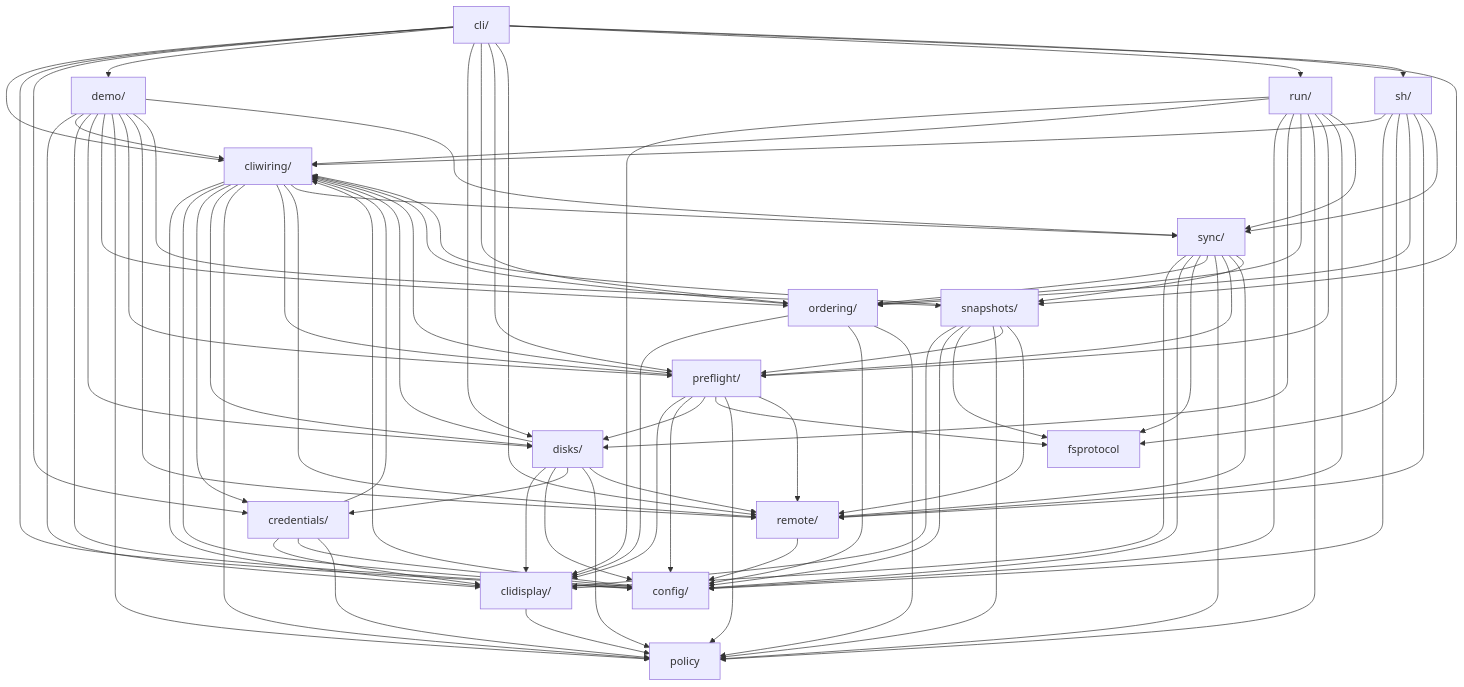
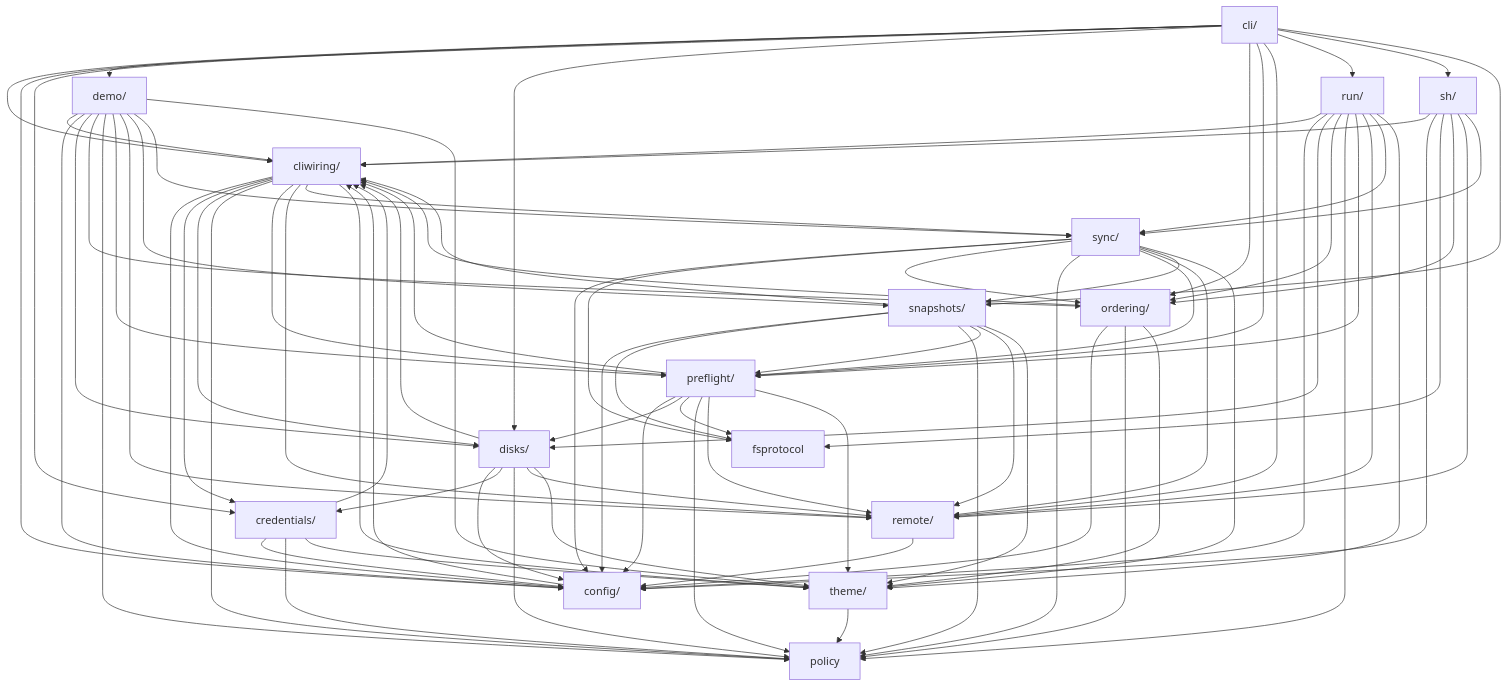
The diagram in docs/architecture.md (iglootools/nbkp), drawn with Mermaid before and after one commit. The commit also changed other lines of this file and 21 other files, not shown here.

First line of the commit message:
refactor: rename clidisplay to theme

````diff
--- a/docs/architecture.md
+++ b/docs/architecture.md
@@ -105,7 +105,6 @@
 ```mermaid
 graph TD
     cli["cli/"]
-    clidisplay["clidisplay/"]
     cliwiring["cliwiring/"]
     config["config/"]
     credentials["credentials/"]
@@ -120,6 +119,7 @@
     sh["sh/"]
     snapshots["snapshots/"]
     sync["sync/"]
+    theme["theme/"]
 
     cli --> cliwiring
     cli --> config
@@ -132,8 +132,6 @@
     cli --> run
     cli --> sh
     cli --> snapshots
-    clidisplay --> policy
-    cliwiring --> clidisplay
     cliwiring --> config
     cliwiring --> credentials
     cliwiring --> disks
@@ -141,12 +139,12 @@
     cliwiring --> preflight
     cliwiring --> remote
     cliwiring --> sync
+    cliwiring --> theme
     config --> cliwiring
-    credentials --> clidisplay
     credentials --> cliwiring
     credentials --> config
     credentials --> policy
-    demo --> clidisplay
+    credentials --> theme
     demo --> cliwiring
     demo --> config
     demo --> disks
@@ -156,25 +154,25 @@
     demo --> remote
     demo --> snapshots
     demo --> sync
-    disks --> clidisplay
+    demo --> theme
     disks --> cliwiring
     disks --> config
     disks --> credentials
     disks --> policy
     disks --> remote
-    ordering --> clidisplay
+    disks --> theme
     ordering --> cliwiring
     ordering --> config
     ordering --> policy
-    preflight --> clidisplay
+    ordering --> theme
     preflight --> cliwiring
     preflight --> config
     preflight --> disks
     preflight --> fsprotocol
     preflight --> policy
     preflight --> remote
+    preflight --> theme
     remote --> config
-    run --> clidisplay
     run --> cliwiring
     run --> config
     run --> disks
@@ -183,20 +181,20 @@
     run --> preflight
     run --> remote
     run --> sync
+    run --> theme
     sh --> cliwiring
     sh --> config
     sh --> fsprotocol
     sh --> ordering
     sh --> remote
     sh --> sync
-    snapshots --> clidisplay
     snapshots --> cliwiring
     snapshots --> config
     snapshots --> fsprotocol
     snapshots --> policy
     snapshots --> preflight
     snapshots --> remote
-    sync --> clidisplay
+    snapshots --> theme
     sync --> config
     sync --> fsprotocol
     sync --> ordering
@@ -204,4 +202,6 @@
     sync --> preflight
     sync --> remote
     sync --> snapshots
+    sync --> theme
+    theme --> policy
 ```
````
